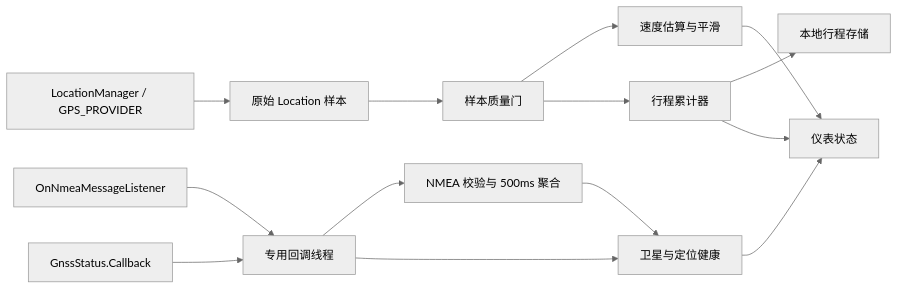
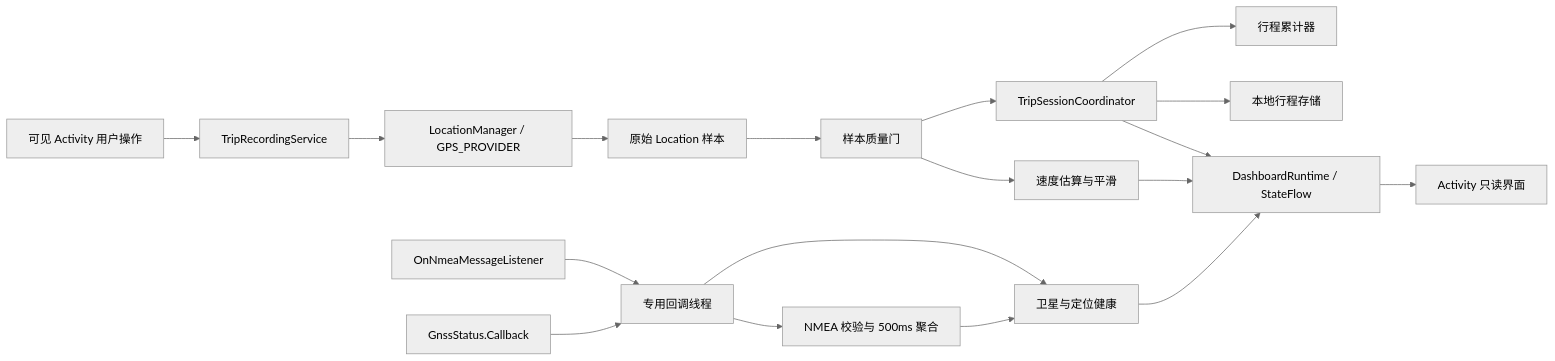
The diagram in docs/technical-design.md (lonnnnnng/cargps-mobile), drawn with Mermaid (neutral theme) before and after one commit. The commit also changed other lines of this file and 33 other files, not shown here.

````diff
--- a/docs/technical-design.md
+++ b/docs/technical-design.md
@@ -19,16 +19,20 @@
 ```mermaid
 flowchart LR
-    LM["LocationManager / GPS_PROVIDER"] --> LS["原始 Location 样本"]
+    AS["可见 Activity 用户操作"] --> FGS["TripRecordingService"]
+    FGS --> LM["LocationManager / GPS_PROVIDER"]
+    LM --> LS["原始 Location 样本"]
     NM["OnNmeaMessageListener"] --> BG["专用回调线程"]
     GS["GnssStatus.Callback"] --> BG
     BG --> NP["NMEA 校验与 500ms 聚合"]
     BG --> GH["卫星与定位健康"]
     LS --> QG["样本质量门"]
     QG --> SE["速度估算与平滑"]
-    QG --> TA["行程累计器"]
+    QG --> TS["TripSessionCoordinator"]
+    TS --> TA["行程累计器"]
+    TS --> DB["本地行程存储"]
+    TS --> RT["DashboardRuntime / StateFlow"]
     NP --> GH
-    SE --> VM["仪表状态"]
-    TA --> DB["本地行程存储"]
-    TA --> VM
-    GH --> VM
+    SE --> RT
+    GH --> RT
+    RT --> UI["Activity 只读界面"]
 ```
````
